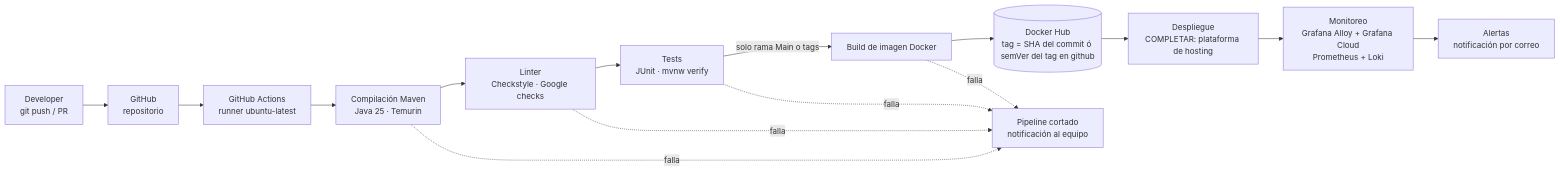
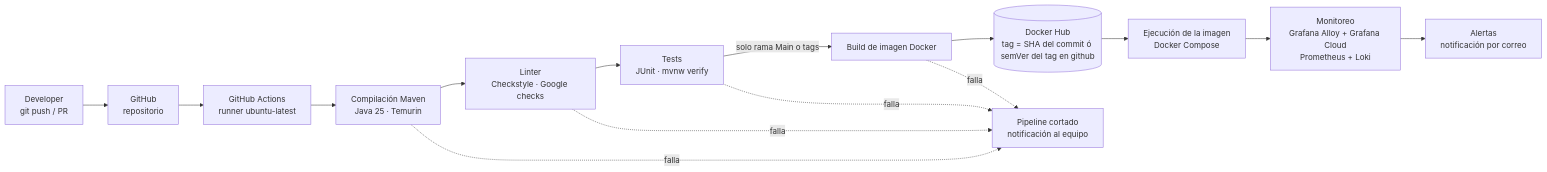
One commit to Devops-G5/tp-devops changed the diagram in docs/informe_tecnico.md. Above: the diagram before and after it, drawn with Mermaid. The commit also changed other lines of this file and 1 other file, not shown here.

````diff
--- a/docs/informe_tecnico.md
+++ b/docs/informe_tecnico.md
@@ -25,17 +25,17 @@
 ```mermaid
 flowchart LR
     A[Developer<br/>git push / PR] --> B[GitHub<br/>repositorio]
     B --> C[GitHub Actions<br/>runner ubuntu-latest]
     C --> D[Compilación Maven<br/>Java 25 · Temurin]
     D --> E[Linter<br/>Checkstyle · Google checks]
     E --> F[Tests<br/>JUnit · mvnw verify]
     F -->|solo rama Main o tags| G[Build de imagen Docker]
     G --> H[(Docker Hub<br/>tag = SHA del commit ó semVer del tag en github)]
-    H --> I[Despliegue<br/>COMPLETAR: plataforma de hosting]
-  I --> J[Monitoreo<br/>Grafana Alloy + Grafana Cloud<br/>Prometheus + Loki]
-  J --> K[Alertas<br/>notificación por correo]
+    H --> I[Ejecución de la imagen<br/>Docker Compose]
+    I --> J[Monitoreo<br/>Grafana Alloy + Grafana Cloud<br/>Prometheus + Loki]
+    J --> K[Alertas<br/>notificación por correo]
     D -. falla .-> X[Pipeline cortado<br/>notificación al equipo]
     E -. falla .-> X
     F -. falla .-> X
     G -. falla .-> X
 ```
````
